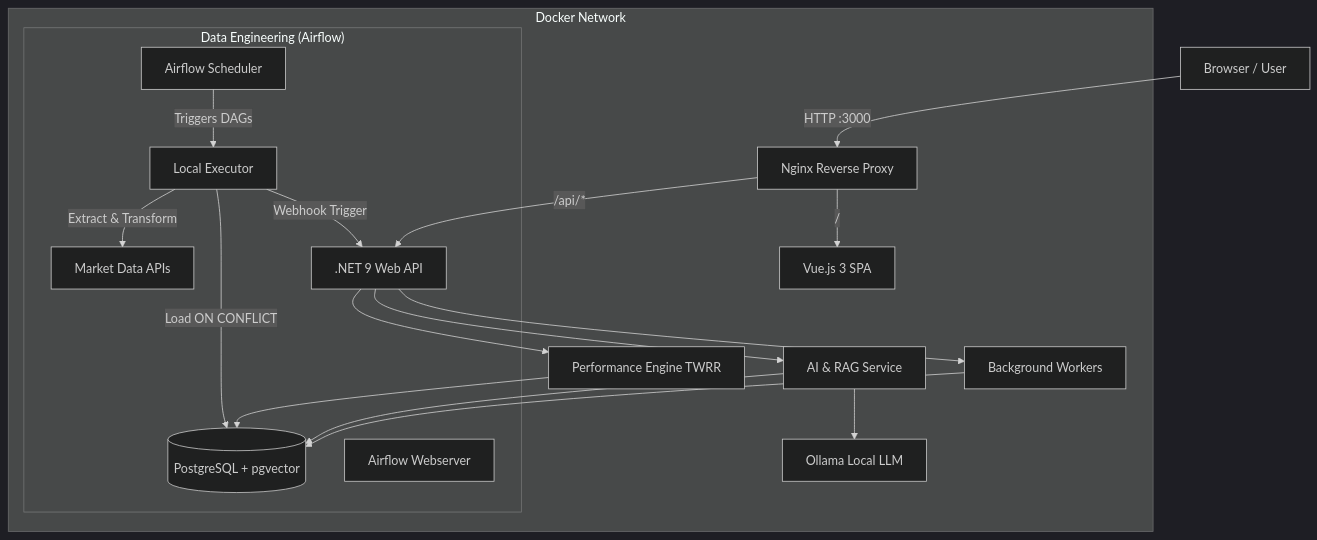
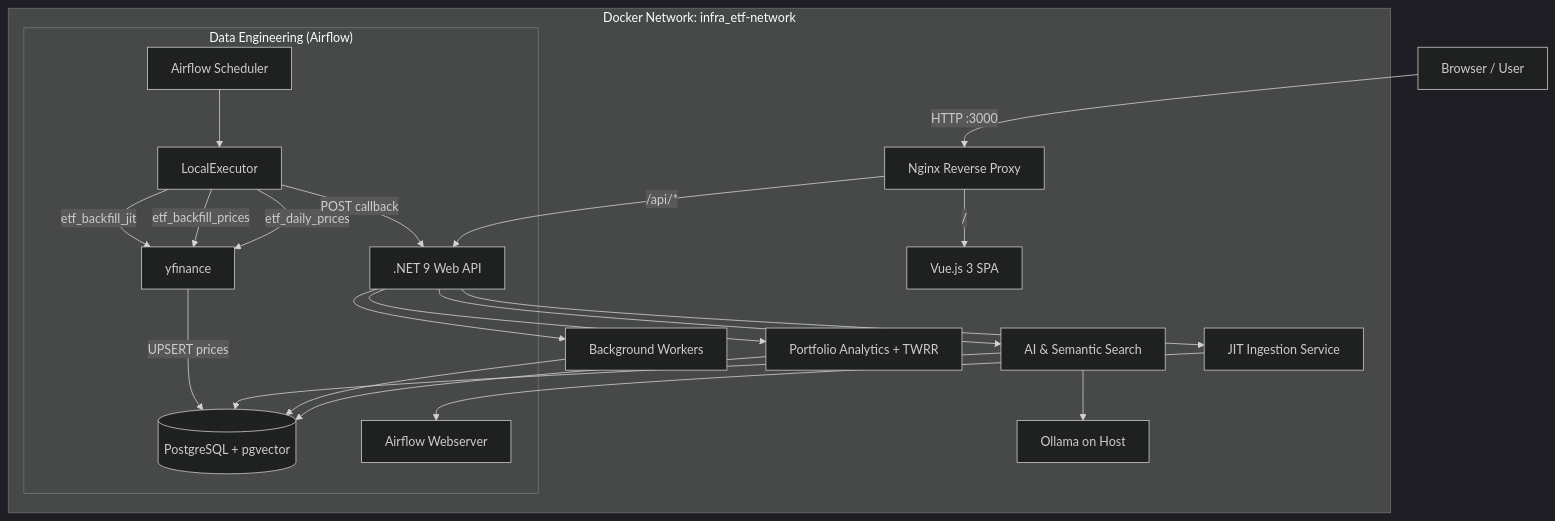
The second of 2 diagrams in README.md (simoneriggi92/etf-insight-platform), drawn with Mermaid (dark theme) before and after one commit. The commit also changed other lines of this file, not shown here.

````diff
--- a/README.md
+++ b/README.md
@@ -32,25 +73,30 @@
 ```mermaid
 graph TD
     Client[Browser / User] -->|HTTP :3000| Nginx[Nginx Reverse Proxy]
-    
-    subgraph "Docker Network"
+
+    subgraph "Docker Network: infra_etf-network"
         Nginx -->|/| Vue[Vue.js 3 SPA]
         Nginx -->|/api/*| API[.NET 9 Web API]
-        
-        API --> Engine[Performance Engine TWRR]
-        API --> RAG[AI & RAG Service]
+
+        API --> Engine[Portfolio Analytics + TWRR]
+        API --> RAG[AI & Semantic Search]
+        API --> JIT[JIT Ingestion Service]
         API --> Hangfire[Background Workers]
-        
-        Engine & Hangfire --> DB[(PostgreSQL + pgvector)]
+
+        Engine --> DB[(PostgreSQL + pgvector)]
+        Hangfire --> DB
         RAG --> DB
-        RAG --> Ollama[Ollama Local LLM]
-        
+        RAG --> Ollama[Ollama on Host]
+        JIT --> AirflowWS[Airflow Webserver]
+
         subgraph "Data Engineering (Airflow)"
-            AirflowUI[Airflow Webserver]
-            Scheduler[Airflow Scheduler] -->|Triggers DAGs| Worker[Local Executor]
-            Worker -->|Extract & Transform| YF[Market Data APIs]
-            Worker -->|Load ON CONFLICT| DB
-            Worker -->|Webhook Trigger| API
+            AirflowWS
+            Scheduler[Airflow Scheduler] --> Executor[LocalExecutor]
+            Executor -->|etf_daily_prices| YF[yfinance]
+            Executor -->|etf_backfill_prices| YF
+            Executor -->|etf_backfill_jit| YF
+            Executor -->|POST callback| API
+            YF -->|UPSERT prices| DB
         end
     end
 ```
````
